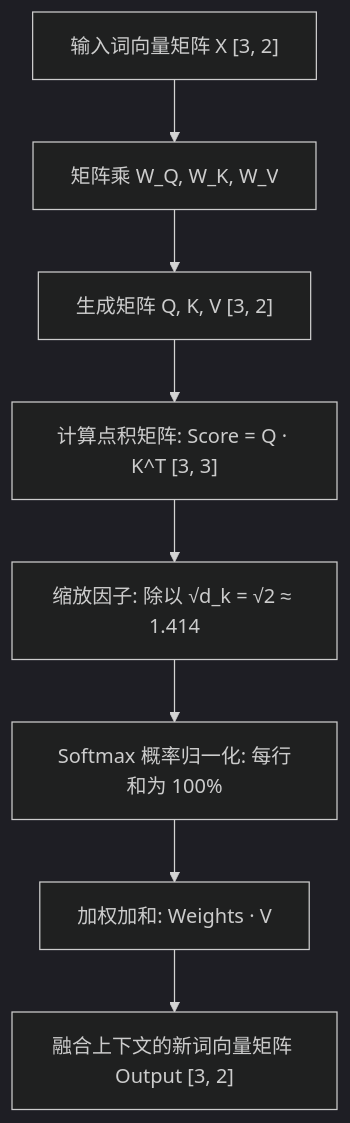
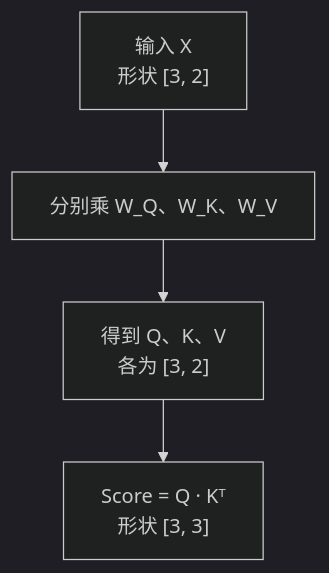
Before and after one commit to cluster1900/zero2llm: the first of 2 diagrams in chapters/03_qkv_self_attention.md, drawn with Mermaid (dark theme). The commit also changed other lines of this file and 74 other files, not shown here.

Commit message:
Fix EPUB flowcharts and refresh reading downloads [refresh-release]

````diff
--- a/chapters/03_qkv_self_attention.md
+++ b/chapters/03_qkv_self_attention.md
@@ -75,10 +77,8 @@
 ```mermaid
 flowchart TD
-    A["输入词向量矩阵 X [3, 2]"] --> B["矩阵乘 W_Q, W_K, W_V"]
-    B --> C["生成矩阵 Q, K, V [3, 2]"]
-    C --> D["计算点积矩阵: Score = Q · K^T [3, 3]"]
-    D --> E["缩放因子: 除以 √d_k = √2 ≈ 1.414"]
-    E --> F["Softmax 概率归一化: 每行和为 100%"]
-    F --> G["加权加和: Weights · V"]
-    G --> H["融合上下文的新词向量矩阵 Output [3, 2]"]
+    accTitle: 注意力上半程：从输入算出分数
+    accDescr: 输入 X 的形状为 3 乘 2，经过三个投影得到 Q、K、V，再计算 3 乘 3 的点积分数。
+    A["输入 X<br/>形状 [3, 2]"] --> B["分别乘 W_Q、W_K、W_V"]
+    B --> C["得到 Q、K、V<br/>各为 [3, 2]"]
+    C --> D["Score = Q · Kᵀ<br/>形状 [3, 3]"]
 ```
````
